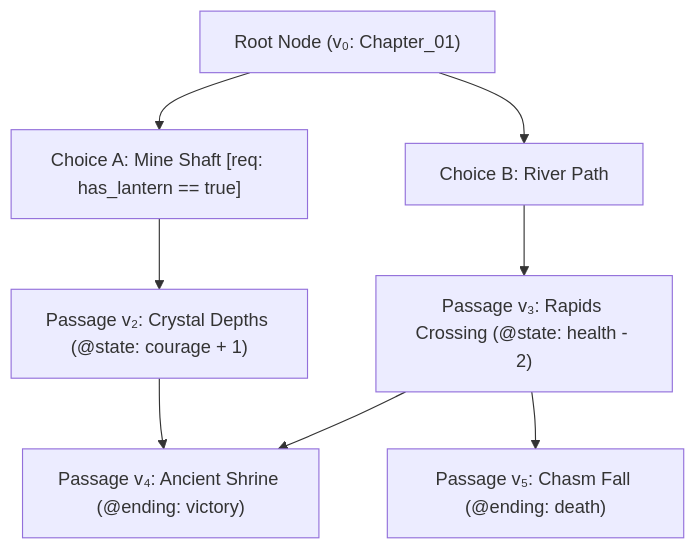
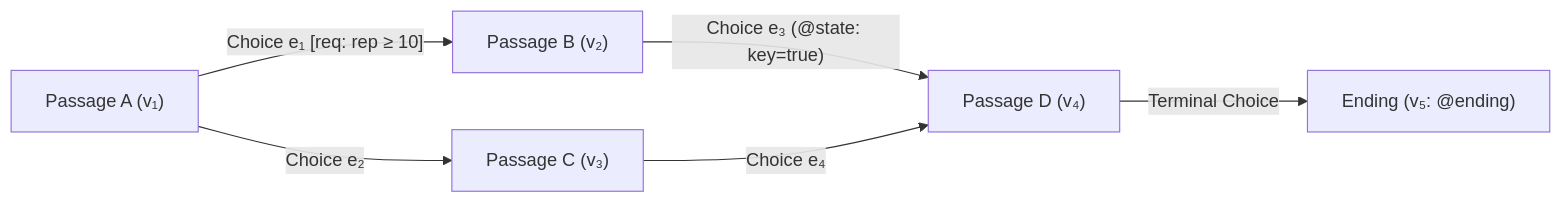
Before and after one commit to aryansinghnagar/Ars-Arcanum: the second of 4 diagrams in docs/BRANCHING_GRAPH.md, drawn with Mermaid. The commit also changed other lines of this file and 239 other files, not shown here.

First line of the commit message:
feat(v5.0.0): streamline to 47 deterministic engines, zero-pip architecture, and encyclopedic craft references

````diff
--- a/docs/BRANCHING_GRAPH.md
+++ b/docs/BRANCHING_GRAPH.md
@@ -23,12 +100,8 @@
 ```mermaid
-flowchart TD
-    Root["Root Node (v₀: Chapter_01)"] --> Choice1["Choice A: Mine Shaft [req: has_lantern == true]"]
-    Root --> Choice2["Choice B: River Path"]
-    
-    Choice1 --> Node2["Passage v₂: Crystal Depths (@state: courage + 1)"]
-    Choice2 --> Node3["Passage v₃: Rapids Crossing (@state: health - 2)"]
-    
-    Node2 --> MergeNode["Passage v₄: Ancient Shrine (@ending: victory)"]
-    Node3 --> MergeNode
-    Node3 --> Trap["Passage v₅: Chasm Fall (@ending: death)"]
+flowchart LR
+    NodeA["Passage A (v₁)"] -->|"Choice e₁ [req: rep ≥ 10]"| NodeB["Passage B (v₂)"]
+    NodeA -->|"Choice e₂"| NodeC["Passage C (v₃)"]
+    NodeB -->|"Choice e₃ (@state: key=true)"| NodeD["Passage D (v₄)"]
+    NodeC -->|"Choice e₄"| NodeD
+    NodeD -->|"Terminal Choice"| Climax["Ending (v₅: @ending)"]
 ```
````
